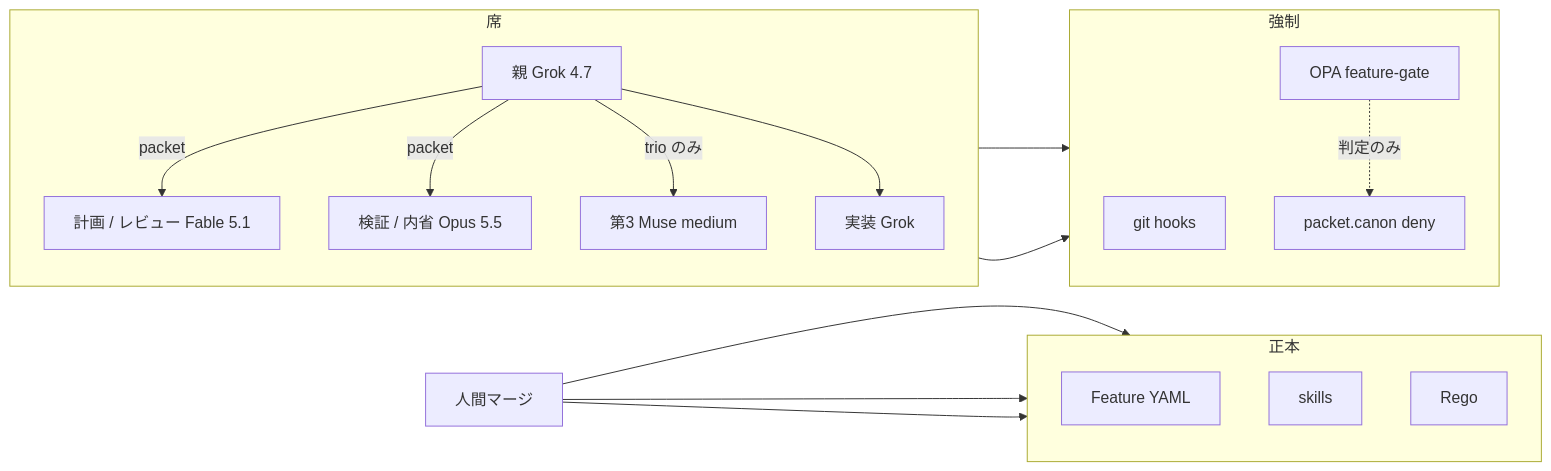
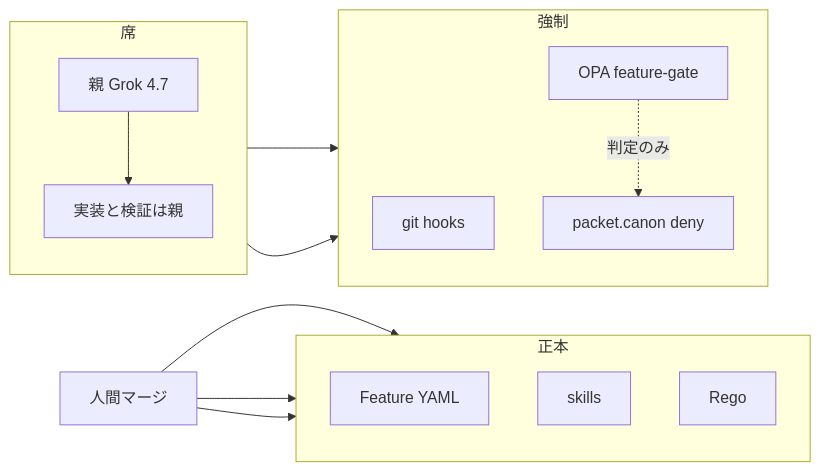
The second of 3 diagrams in README.md (marumo333/marumo333-cursor-harness), drawn with Mermaid before and after one commit. The commit also changed other lines of this file and 28 other files, not shown here.

````diff
--- a/README.md
+++ b/README.md
@@ -112,36 +102,30 @@
 ```mermaid
 flowchart LR
   subgraph seats["席"]
     direction TB
     G["親 Grok 4.7"]
-    IMP["実装 Grok"]
-    F["計画 / レビュー Fable 5.1"]
-    O["検証 / 内省 Opus 5.5"]
-    M["第3 Muse medium"]
+    IMP["実装と検証は親"]
   end
 
   subgraph force["強制"]
     direction TB
     Hook["git hooks"]
     Gate["OPA feature-gate"]
     Packet["packet.canon deny"]
   end
 
   subgraph canon["正本"]
     direction TB
     Feat["Feature YAML"]
     Skill["skills"]
     Policy["Rego"]
   end
 
-  G -->|"packet"| F
-  G -->|"packet"| O
-  G -->|"trio のみ"| M
   G --> IMP
   IMP --> Hook
-  O --> Gate
+  IMP --> Gate
   Gate -.->|"判定のみ"| Packet
   HM["人間マージ"] --> Feat
   HM --> Skill
   HM --> Policy
 ```
````
